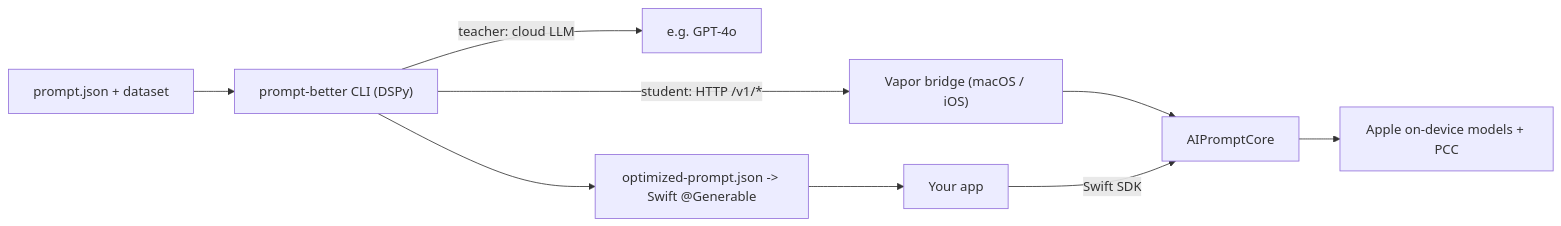
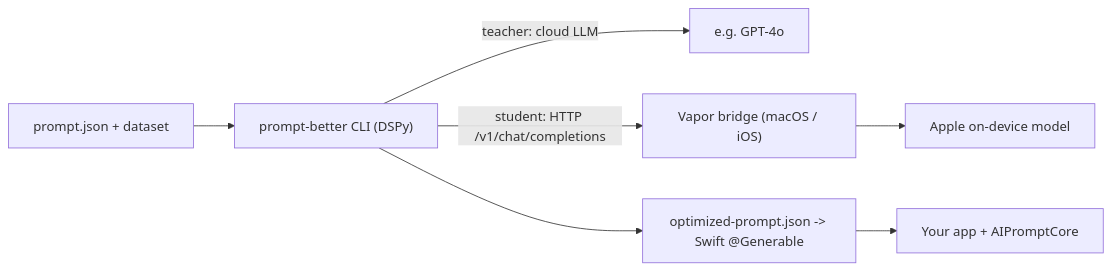
Before and after one commit to pkcpkc/prompt-better: the diagram in README.md, drawn with Mermaid. The commit also changed other lines of this file and 95 other files, not shown here.

First line of the commit message:
Refactor AIPromptCore: Remove obsolete tests, streamline build script, and update documentation

````diff
--- a/README.md
+++ b/README.md
@@ -38,11 +35,9 @@
 ```mermaid
 flowchart LR
     spec["prompt.json + dataset"] --> cli["prompt-better CLI (DSPy)"]
     cli -- "teacher: cloud LLM" --> teacher["e.g. GPT-4o"]
-    cli -- "student: HTTP /v1/*" --> bridge["Vapor bridge (macOS / iOS)"]
-    bridge --> core["AIPromptCore"]
-    app["Your app"] -- "Swift SDK" --> core
-    core --> apple["Apple on-device models + PCC"]
+    cli -- "student: HTTP /v1/chat/completions" --> bridge["Vapor bridge (macOS / iOS)"]
+    bridge --> apple["Apple on-device model"]
     cli --> out["optimized-prompt.json -> Swift @Generable"]
-    out --> app
+    out --> app["Your app + AIPromptCore"]
 ```
````
